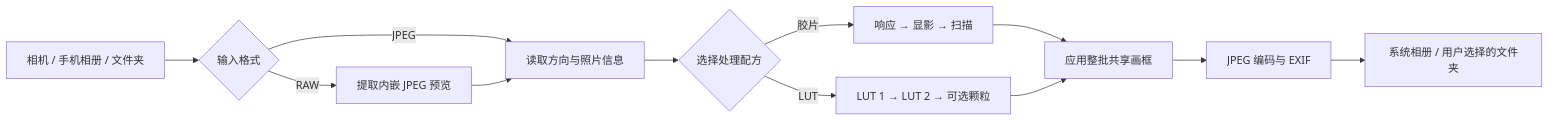
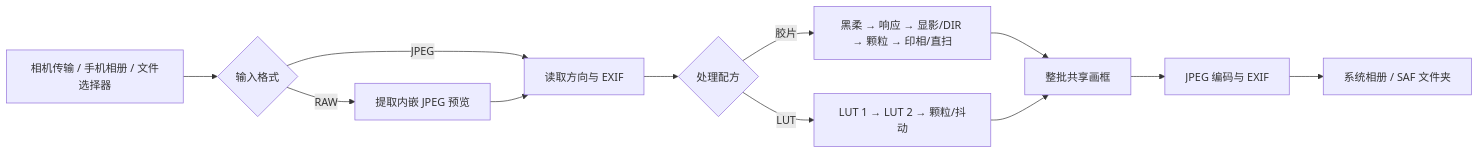
The diagram in README.md (GameChicks/Lumatte), drawn with Mermaid before and after one commit. The commit also changed other lines of this file, not shown here.

````diff
--- a/README.md
+++ b/README.md
@@ -30,14 +245,14 @@
 ```mermaid
 flowchart LR
-    A[相机 / 手机相册 / 文件夹] --> B{输入格式}
-    B -->|JPEG| C[读取方向与照片信息]
+    A[相机传输 / 手机相册 / 文件选择器] --> B{输入格式}
+    B -->|JPEG| C[读取方向与 EXIF]
     B -->|RAW| R[提取内嵌 JPEG 预览]
     R --> C
-    C --> D{选择处理配方}
-    D -->|胶片| E[响应 → 显影 → 扫描]
-    D -->|LUT| F[LUT 1 → LUT 2 → 可选颗粒]
-    E --> G[应用整批共享画框]
+    C --> D{处理配方}
+    D -->|胶片| E[黑柔 → 响应 → 显影/DIR → 颗粒 → 印相/直扫]
+    D -->|LUT| F[LUT 1 → LUT 2 → 颗粒/抖动]
+    E --> G[整批共享画框]
     F --> G
     G --> H[JPEG 编码与 EXIF]
-    H --> I[系统相册 / 用户选择的文件夹]
+    H --> I[系统相册 / SAF 文件夹]
 ```
````
